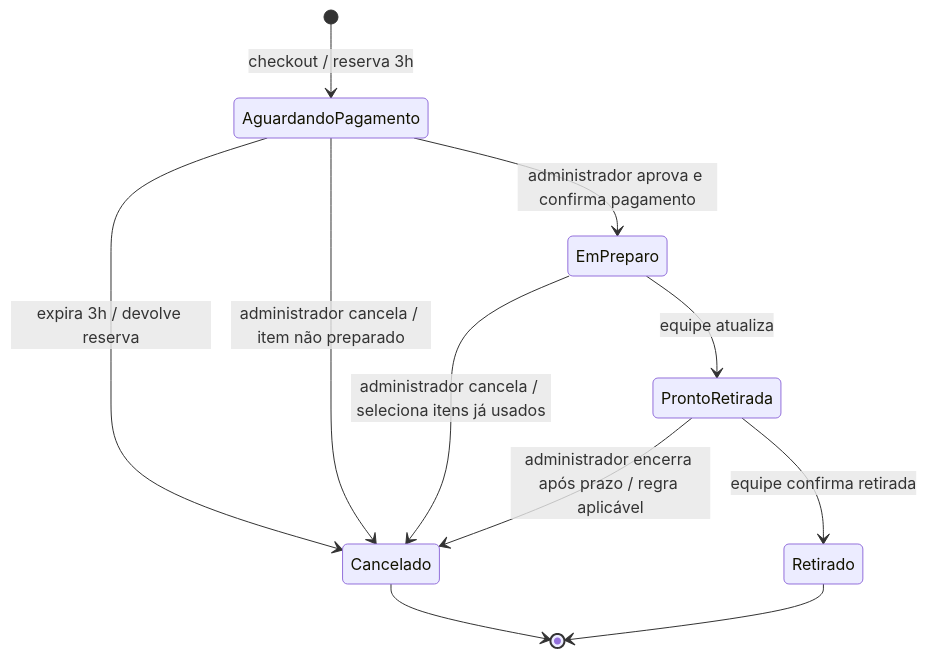
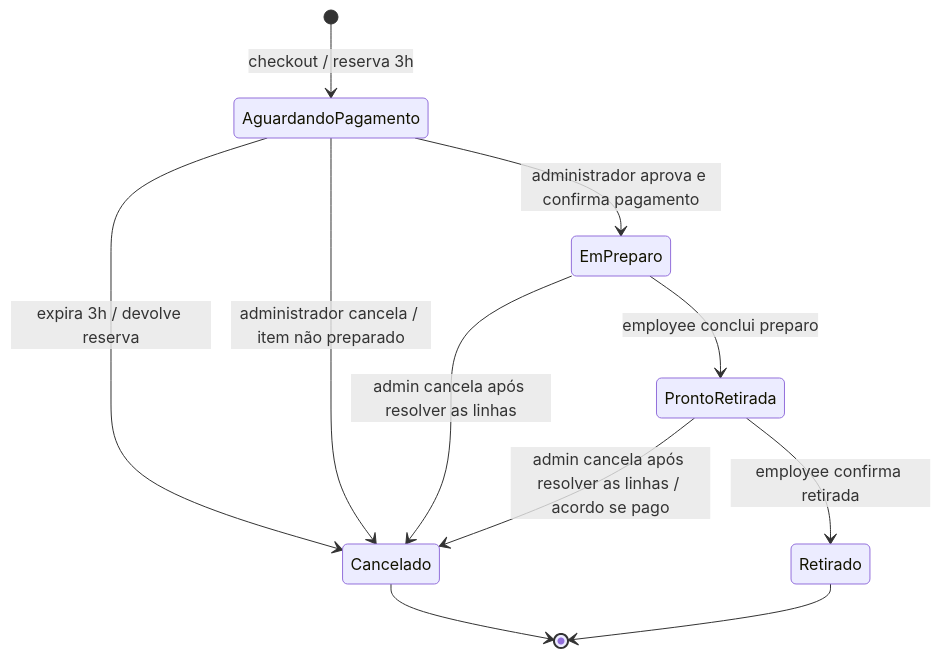
Before and after one commit to marianafloriano1/FlorDaMeiaNoite: the diagram in docs/diagrams/order-lifecycle.mmd, drawn with Mermaid. The commit also changed 22 other files, not shown here.

Commit message:
TASK-009: implementar gestão de retirada e cancelamento

```diff
--- a/docs/diagrams/order-lifecycle.mmd
+++ b/docs/diagrams/order-lifecycle.mmd
@@ -1,11 +1,19 @@
 stateDiagram-v2
   [*] --> AguardandoPagamento: checkout / reserva 3h
   AguardandoPagamento --> EmPreparo: administrador aprova e confirma pagamento
   AguardandoPagamento --> Cancelado: expira 3h / devolve reserva
   AguardandoPagamento --> Cancelado: administrador cancela / item não preparado
-  EmPreparo --> ProntoRetirada: equipe atualiza
-  EmPreparo --> Cancelado: administrador cancela / seleciona itens já usados
-  ProntoRetirada --> Retirado: equipe confirma retirada
-  ProntoRetirada --> Cancelado: administrador encerra após prazo / regra aplicável
+  EmPreparo --> ProntoRetirada: employee conclui preparo
+  EmPreparo --> Cancelado: admin cancela após resolver as linhas
+  ProntoRetirada --> Retirado: employee confirma retirada
+  ProntoRetirada --> Cancelado: admin cancela após resolver as linhas / acordo se pago
   Cancelado --> [*]
   Retirado --> [*]
+
+  %% As transições agregadas de cancelamento só fecham quando todas as linhas estão resolvidas.
+  %% Admin classifica manualmente cada linha como perecível/não perecível.
+  %% Perecível não retirado: admin marca a linha discarded após 3 dias úteis
+  %% (segunda a sábado; feriados não excluídos); estoque descartado não retorna.
+  %% Não perecível: admin pode cancelar após 7 dias corridos da data combinada.
+  %% Retirada, cancelamento ou descarte ficam registrados por linha; pedido misto
+  %% só é terminal depois que todas as linhas forem resolvidas.
```
